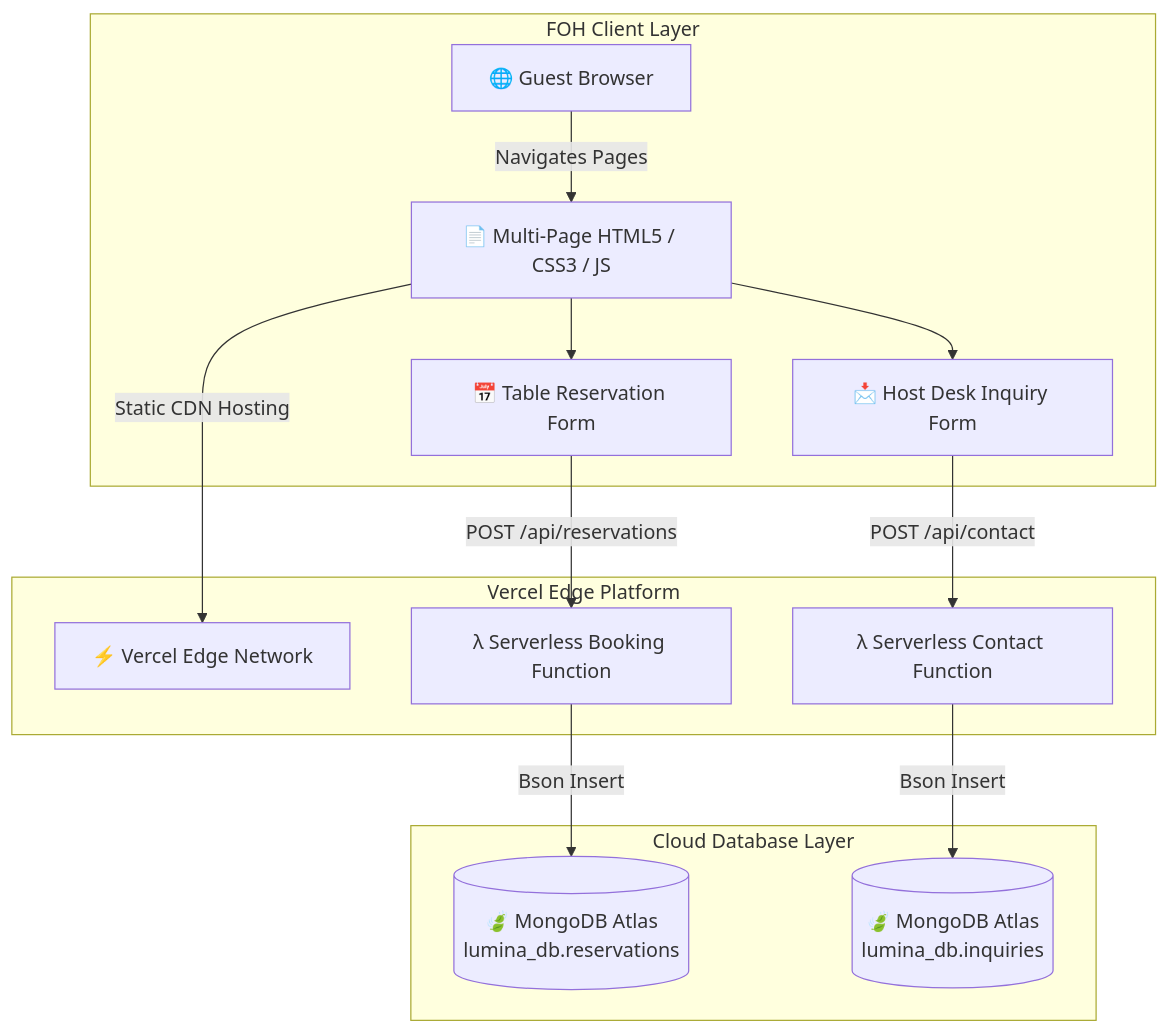
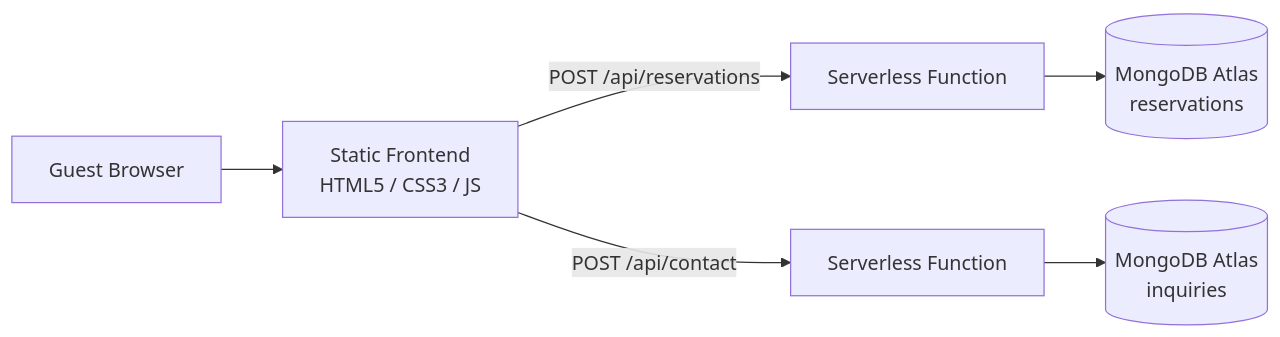
Before and after one commit to techprem324/hotel-lumina: the diagram in README.md, drawn with Mermaid. The commit also changed other lines of this file, not shown here.

````diff
--- a/README.md
+++ b/README.md
@@ -17,19 +19,8 @@
 ```mermaid
-flowchart TD
-    subgraph Client ["FOH Client Layer"]
-        A["🌐 Guest Browser"] -->|Navigates Pages| B["📄 Multi-Page HTML5 / CSS3 / JS"]
-        B --> C["📅 Table Reservation Form"]
-        B --> D["📩 Host Desk Inquiry Form"]
-    end
-
-    subgraph Edge ["Vercel Edge Platform"]
-        B -->|Static CDN Hosting| E["⚡ Vercel Edge Network"]
-        C -->|POST /api/reservations| F["λ Serverless Booking Function"]
-        D -->|POST /api/contact| G["λ Serverless Contact Function"]
-    end
-
-    subgraph Database ["Cloud Database Layer"]
-        F -->|Bson Insert| H[("🍃 MongoDB Atlas<br/>lumina_db.reservations")]
-        G -->|Bson Insert| I[("🍃 MongoDB Atlas<br/>lumina_db.inquiries")]
-    end
+flowchart LR
+    A["Guest Browser"] --> B["Static Frontend<br/>HTML5 / CSS3 / JS"]
+    B -->|POST /api/reservations| C["Serverless Function"]
+    B -->|POST /api/contact| D["Serverless Function"]
+    C --> E[("MongoDB Atlas<br/>reservations")]
+    D --> F[("MongoDB Atlas<br/>inquiries")]
 ```
````
